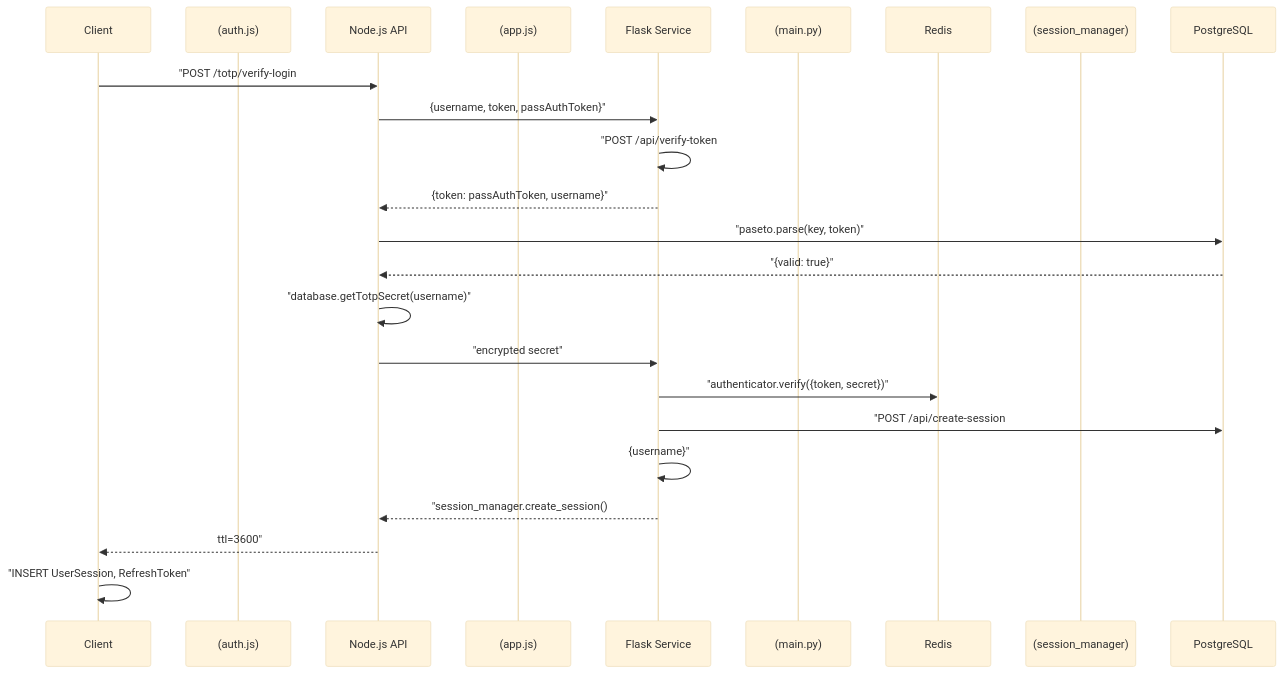
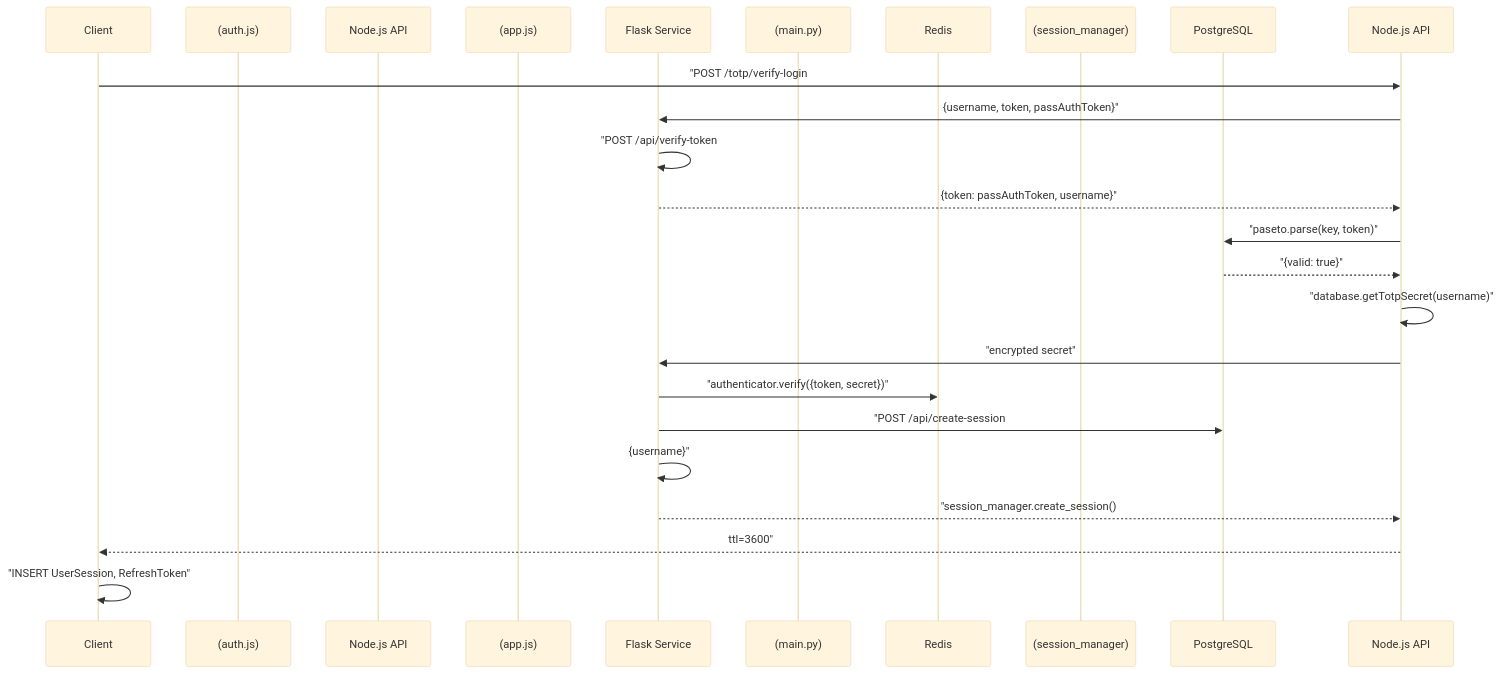
Before and after one commit to RogueElectron/Cypher: the second of 9 diagrams in docs/Data-Flow-and-Communication-Patterns.md, drawn with Mermaid (base theme). The commit also changed other lines of this file and 13 other files, not shown here.

````diff
--- a/docs/Data-Flow-and-Communication-Patterns.md
+++ b/docs/Data-Flow-and-Communication-Patterns.md
@@ -85,27 +85,27 @@
 ```mermaid
 sequenceDiagram
   participant Client
   participant (auth.js)
-  participant Node.js API
+  participant NodeAPI as Node.js API
   participant (app.js)
   participant Flask Service
   participant (main.py)
   participant Redis
   participant (session_manager)
   participant PostgreSQL
 
   Client->>Node.js API: "POST /totp/verify-login
   Node.js API->>Flask Service: {username, token, passAuthToken}"
   Flask Service->>Flask Service: "POST /api/verify-token
   Flask Service-->>Node.js API: {token: passAuthToken, username}"
   Node.js API->>PostgreSQL: "paseto.parse(key, token)"
   PostgreSQL-->>Node.js API: "{valid: true}"
   Node.js API->>Node.js API: "database.getTotpSecret(username)"
   Node.js API->>Flask Service: "encrypted secret"
   Flask Service->>Redis: "authenticator.verify({token, secret})"
   Flask Service->>PostgreSQL: "POST /api/create-session
   Flask Service->>Flask Service: {username}"
   Flask Service-->>Node.js API: "session_manager.create_session()
   Node.js API-->>Client: ttl=3600"
   Client->>Client: "INSERT UserSession, RefreshToken"
 ```
````
